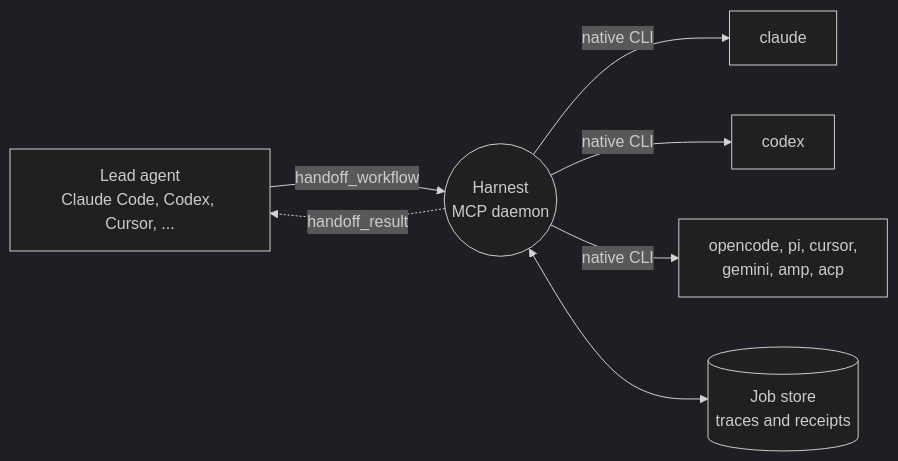
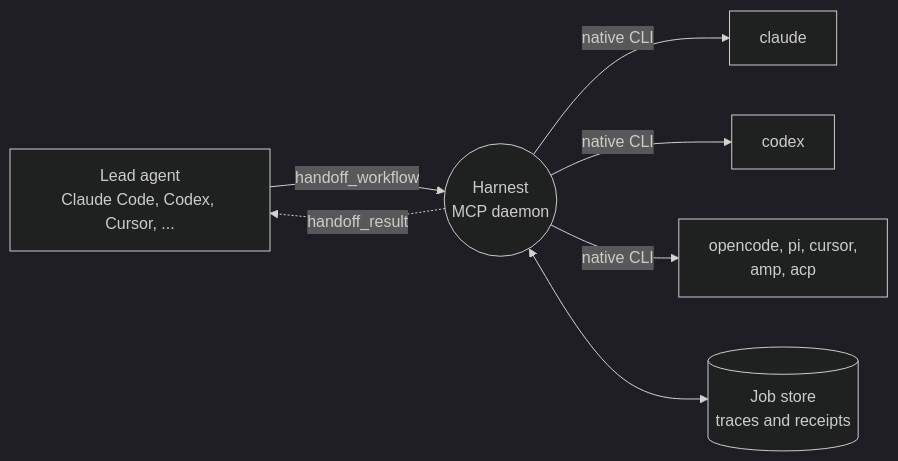
Before and after one commit to harshanandak/harnest: the first of 3 diagrams in README.md, drawn with Mermaid (dark theme). The commit also changed other lines of this file and 172 other files, not shown here.

Commit message:
Remove pre-release compatibility code and native Gemini

````diff
--- a/README.md
+++ b/README.md
@@ -32,9 +32,9 @@
 ```mermaid
 flowchart LR
     lead["Lead agent<br/>Claude Code, Codex, Cursor, ..."] -->|handoff_workflow| hub(("Harnest<br/>MCP daemon"))
     hub -->|native CLI| a1["claude"]
     hub -->|native CLI| a2["codex"]
-    hub -->|native CLI| a3["opencode, pi, cursor,<br/>gemini, amp, acp"]
+    hub -->|native CLI| a3["opencode, pi, cursor,<br/>amp, acp"]
     hub <--> store[("Job store<br/>traces and receipts")]
     hub -.->|handoff_result| lead
 ```
````
